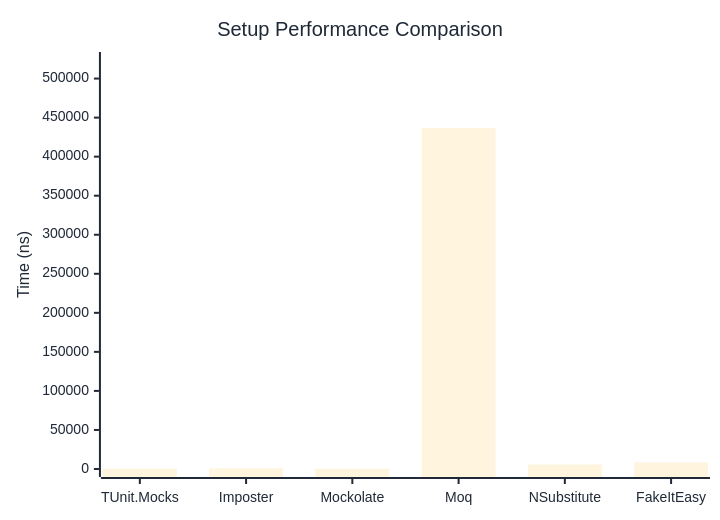
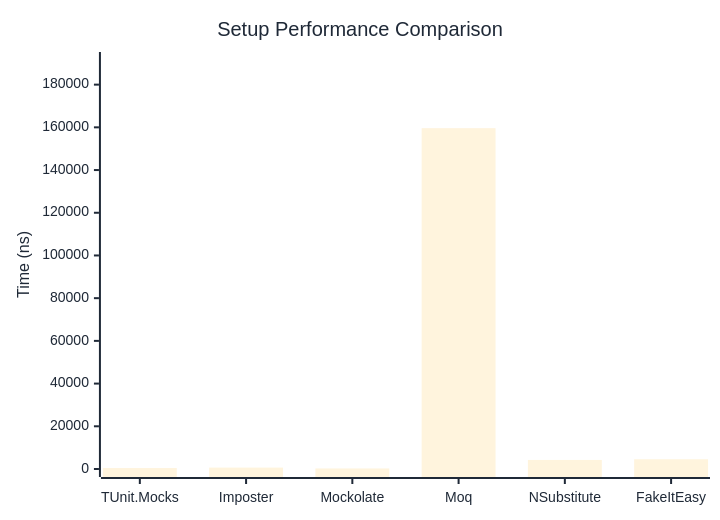
Before and after one commit to thomhurst/TUnit: the first of 2 diagrams in docs/docs/benchmarks/mocks/Setup.md, drawn with Mermaid. The commit also changed other lines of this file and 14 other files, not shown here.

````diff
--- a/docs/docs/benchmarks/mocks/Setup.md
+++ b/docs/docs/benchmarks/mocks/Setup.md
@@ -30,27 +30,27 @@
 ```mermaid
 %%{init: {
   'theme':'base',
   'themeVariables': {
     'primaryColor': '#2563eb',
     'primaryTextColor': '#1f2937',
     'primaryBorderColor': '#1e40af',
     'lineColor': '#6b7280',
     'secondaryColor': '#7c3aed',
     'tertiaryColor': '#dc2626',
     'background': '#ffffff',
     'pie1': '#2563eb',
     'pie2': '#7c3aed',
     'pie3': '#dc2626',
     'pie4': '#f59e0b',
     'pie5': '#10b981',
     'pie6': '#06b6d4',
     'pie7': '#ec4899',
     'pie8': '#6366f1'
   }
 }}%%
 xychart-beta
   title "Setup Performance Comparison"
   x-axis ["TUnit.Mocks", "Imposter", "Mockolate", "Moq", "NSubstitute", "FakeItEasy"]
-  y-axis "Time (ns)" 0 --> 523775
-  bar [551.5, 858.6, 324.6, 436478.9, 5709.2, 8449.8]
+  y-axis "Time (ns)" 0 --> 191537
+  bar [451.4, 659, 253.1, 159613.7, 4242.6, 4564.2]
 ```
````
